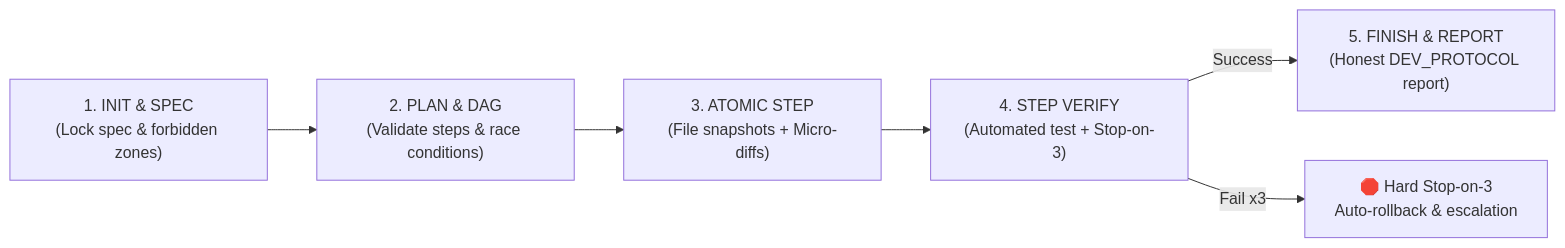
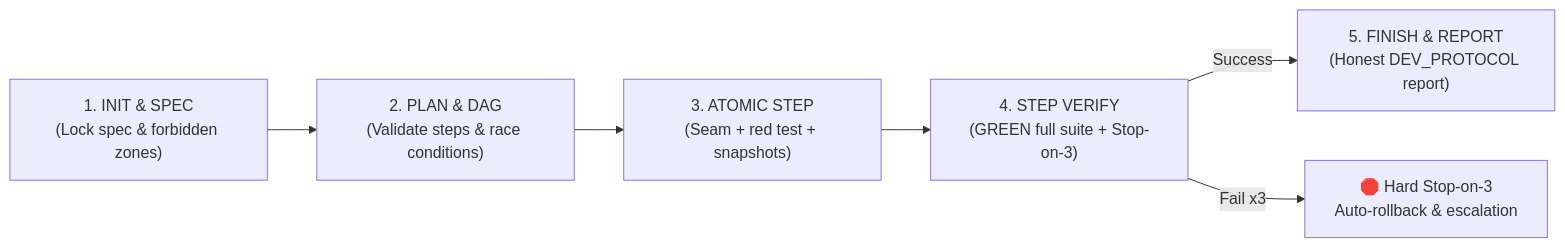
One commit to KornAnd/and-os-core changed the diagram in and_os/lib/skills/dev-flow/SKILL.md. Above: the diagram before and after it, drawn with Mermaid. The commit also changed other lines of this file and 222 other files, not shown here.

````diff
--- a/and_os/lib/skills/dev-flow/SKILL.md
+++ b/and_os/lib/skills/dev-flow/SKILL.md
@@ -28,8 +27,8 @@
 ```mermaid
 flowchart LR
     F1["1. INIT & SPEC\n(Lock spec & forbidden zones)"] --> F2["2. PLAN & DAG\n(Validate steps & race conditions)"]
-    F2 --> F3["3. ATOMIC STEP\n(File snapshots + Micro-diffs)"]
-    F3 --> F4["4. STEP VERIFY\n(Automated test + Stop-on-3)"]
+    F2 --> F3["3. ATOMIC STEP\n(Seam + red test + snapshots)"]
+    F3 --> F4["4. STEP VERIFY\n(GREEN full suite + Stop-on-3)"]
     F4 -->|Success| F5["5. FINISH & REPORT\n(Honest DEV_PROTOCOL report)"]
     F4 -->|Fail x3| STOP["🛑 Hard Stop-on-3\nAuto-rollback & escalation"]
 ```
````
